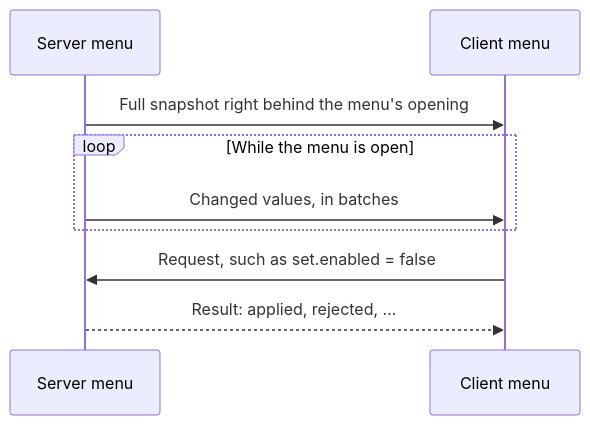
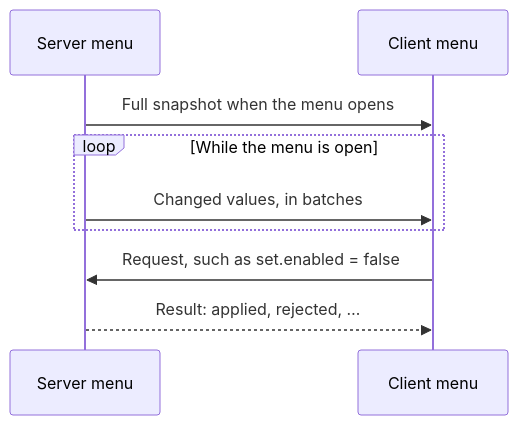
The diagram in docs/en/menu-sync.md (Frostbite-time/CompixelUI), drawn with Mermaid before and after one commit. The commit also changed other lines of this file and 1 other file, not shown here.

First line of the commit message:
Write the menu sync guide for first-time users

````diff
--- a/docs/en/menu-sync.md
+++ b/docs/en/menu-sync.md
@@ -7,11 +7,11 @@
 ```mermaid
 sequenceDiagram
     participant S as Server menu
     participant C as Client menu
-    S->>C: Full snapshot right behind the menu's opening
+    S->>C: Full snapshot when the menu opens
     loop While the menu is open
         S->>C: Changed values, in batches
     end
     C->>S: Request, such as set.enabled = false
     S-->>C: Result: applied, rejected, …
 ```
````
